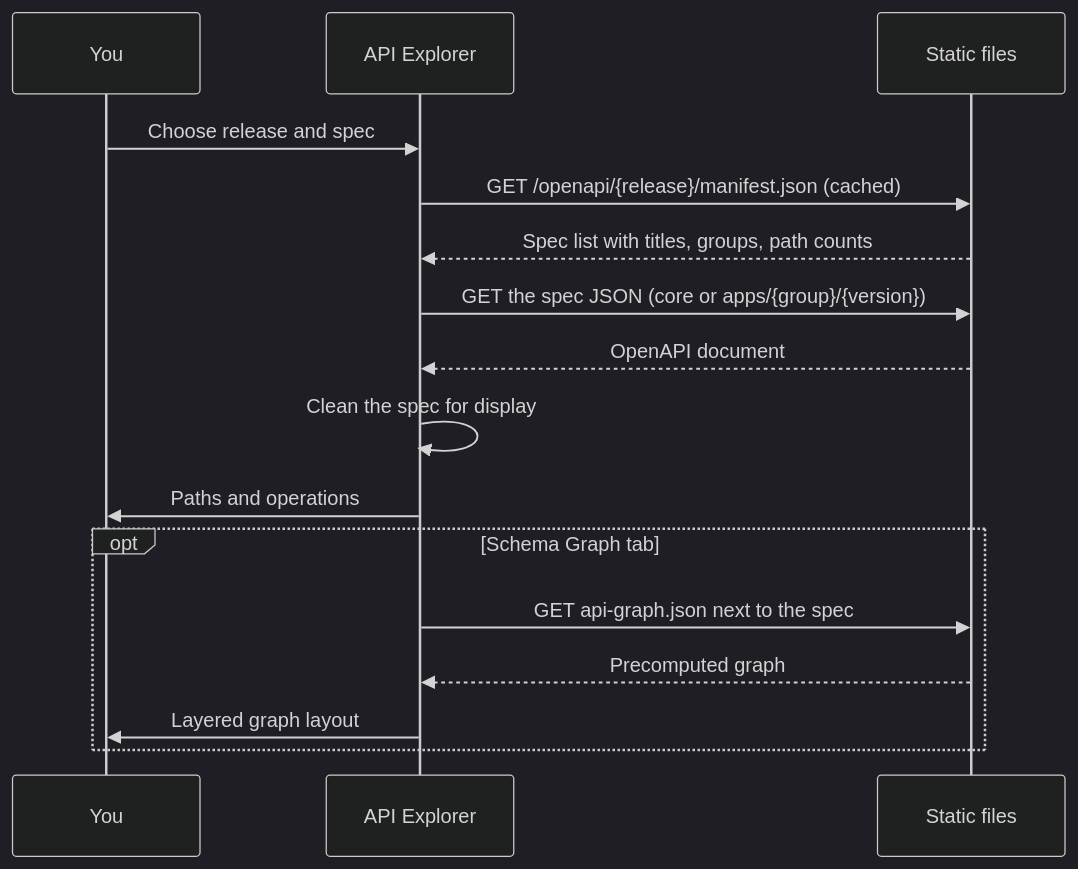
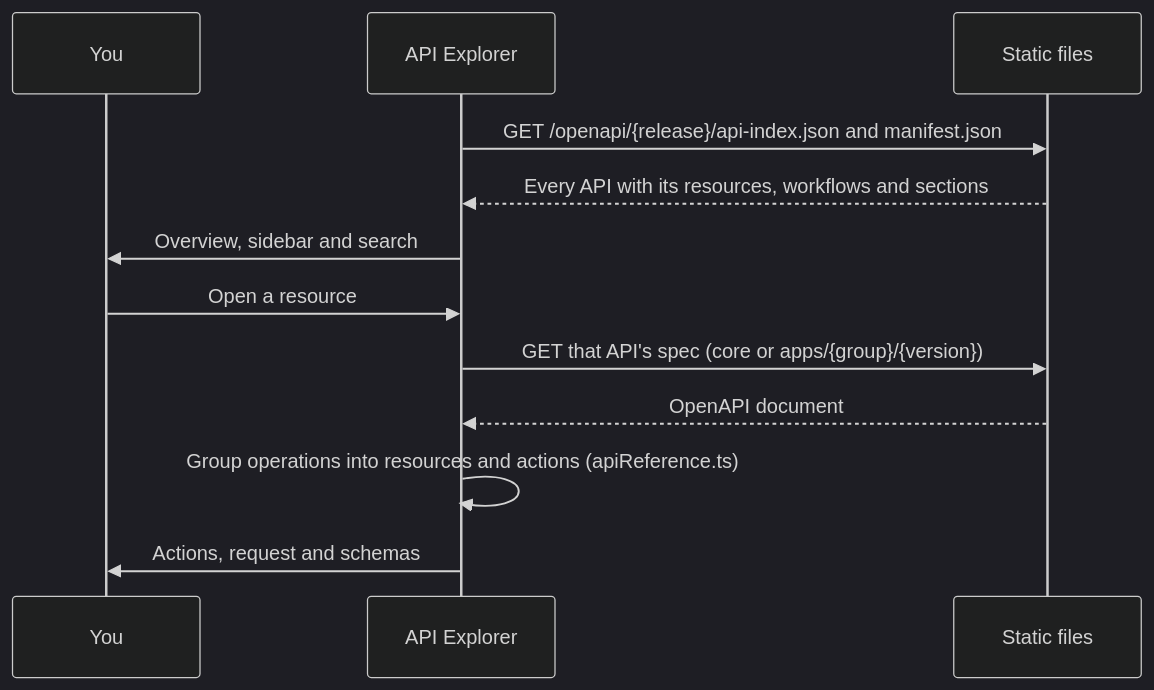
Before and after one commit to fullstopdev/resource-browser: the diagram in src/lib/docs/pages/api-explorer.md, drawn with Mermaid (dark theme). The commit also changed other lines of this file and 673 other files, not shown here.

First line of the commit message:
Redesign the API reference around resources and actions; remove the schema graph.

````diff
--- a/src/lib/docs/pages/api-explorer.md
+++ b/src/lib/docs/pages/api-explorer.md
@@ -45,18 +38,14 @@
 ```mermaid
 sequenceDiagram
   participant U as You
   participant P as API Explorer
   participant S as Static files
-  U->>P: Choose release and spec
-  P->>S: GET /openapi/{release}/manifest.json (cached)
-  S-->>P: Spec list with titles, groups, path counts
-  P->>S: GET the spec JSON (core or apps/{group}/{version})
+  P->>S: GET /openapi/{release}/api-index.json and manifest.json
+  S-->>P: Every API with its resources, workflows and sections
+  P->>U: Overview, sidebar and search
+  U->>P: Open a resource
+  P->>S: GET that API's spec (core or apps/{group}/{version})
   S-->>P: OpenAPI document
-  P->>P: Clean the spec for display
-  P->>U: Paths and operations
-  opt Schema Graph tab
-    P->>S: GET api-graph.json next to the spec
-    S-->>P: Precomputed graph
-    P->>U: Layered graph layout
-  end
+  P->>P: Group operations into resources and actions (apiReference.ts)
+  P->>U: Actions, request and schemas
 ```
````
